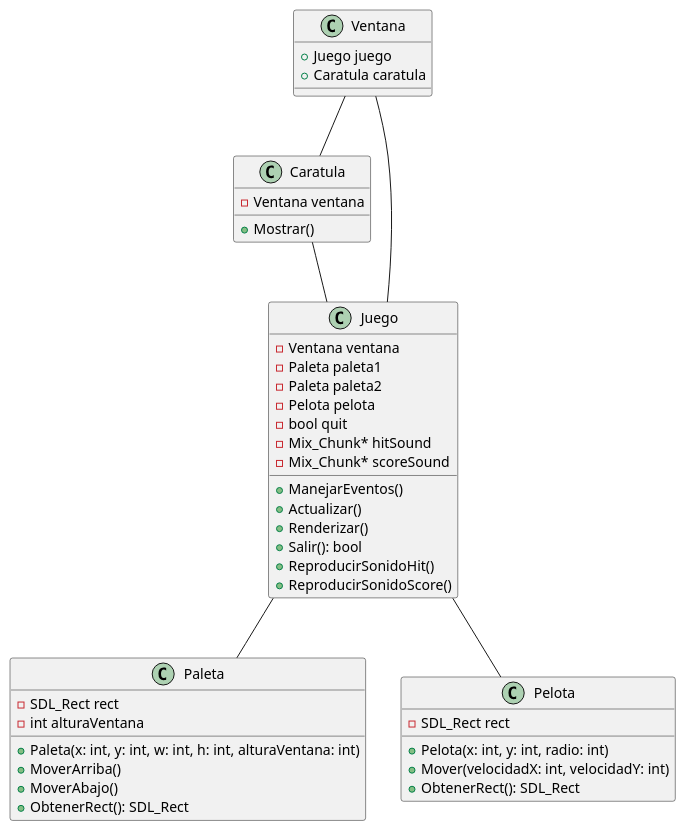
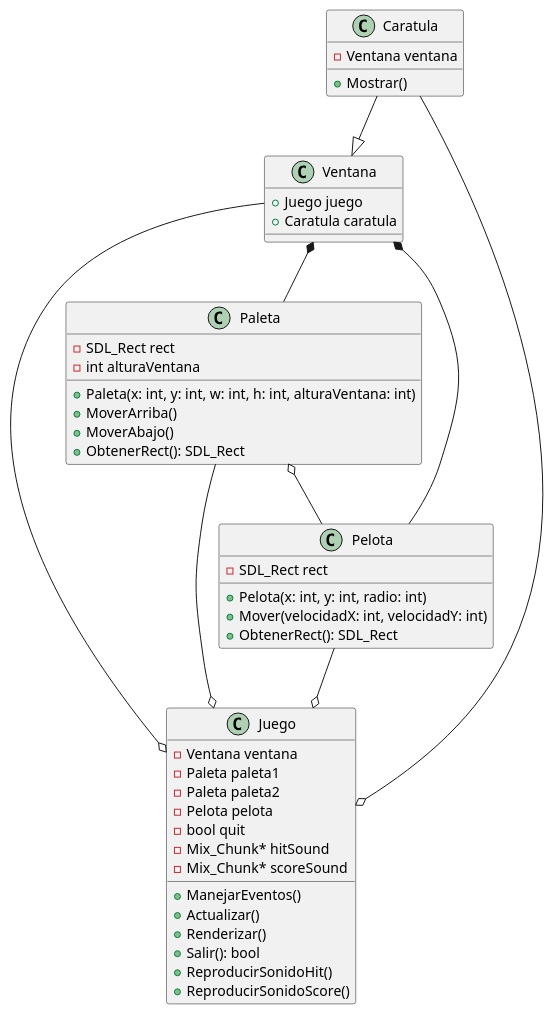
One commit to Joriksal/Proyecto-Pong-Game changed the diagram in docs/diagrama.puml. Above: the diagram before and after it, drawn with PlantUML. The commit also changed 5 other files, not shown here.

```diff
--- a/docs/diagrama.puml
+++ b/docs/diagrama.puml
@@ -1,51 +1,54 @@
 @startuml PongGame
 
 class Ventana {
   + Juego juego
   + Caratula caratula
 }
 
 class Caratula {
   - Ventana ventana
   + Mostrar()
 }
 
 class Juego {
   - Ventana ventana
   - Paleta paleta1
   - Paleta paleta2
   - Pelota pelota
   - bool quit
   - Mix_Chunk* hitSound
   - Mix_Chunk* scoreSound
   + ManejarEventos()
   + Actualizar()
   + Renderizar()
   + Salir(): bool
   + ReproducirSonidoHit()
   + ReproducirSonidoScore()
 }
 
 class Paleta {
   - SDL_Rect rect
   - int alturaVentana
   + Paleta(x: int, y: int, w: int, h: int, alturaVentana: int)
   + MoverArriba()
   + MoverAbajo()
   + ObtenerRect(): SDL_Rect
 }
 
 class Pelota {
   - SDL_Rect rect
   + Pelota(x: int, y: int, radio: int)
   + Mover(velocidadX: int, velocidadY: int)
   + ObtenerRect(): SDL_Rect
 }
 
-Ventana -- Caratula
-Ventana -- Juego
-Juego -- Paleta
-Juego -- Pelota
-Caratula -- Juego
+Caratula --|> Ventana
+Ventana --o Juego
+Paleta --o Juego
+Pelota --o Juego
+Caratula --o Juego
+Ventana *-- Pelota
+Ventana *--Paleta
+Paleta o-- Pelota
 
 @enduml
```
